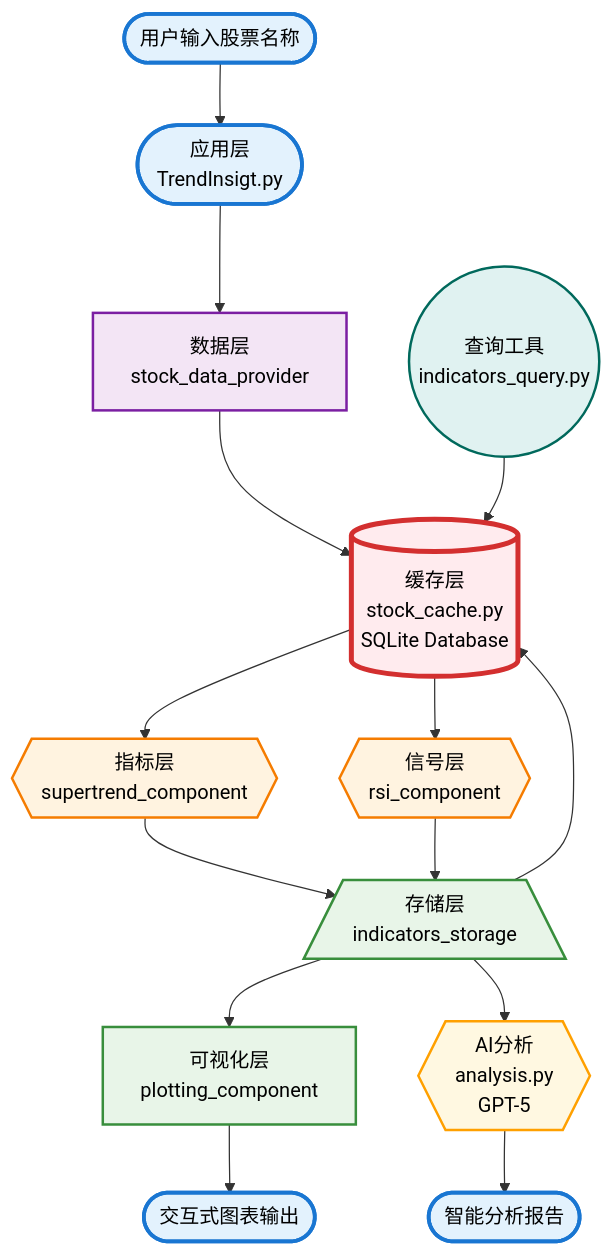
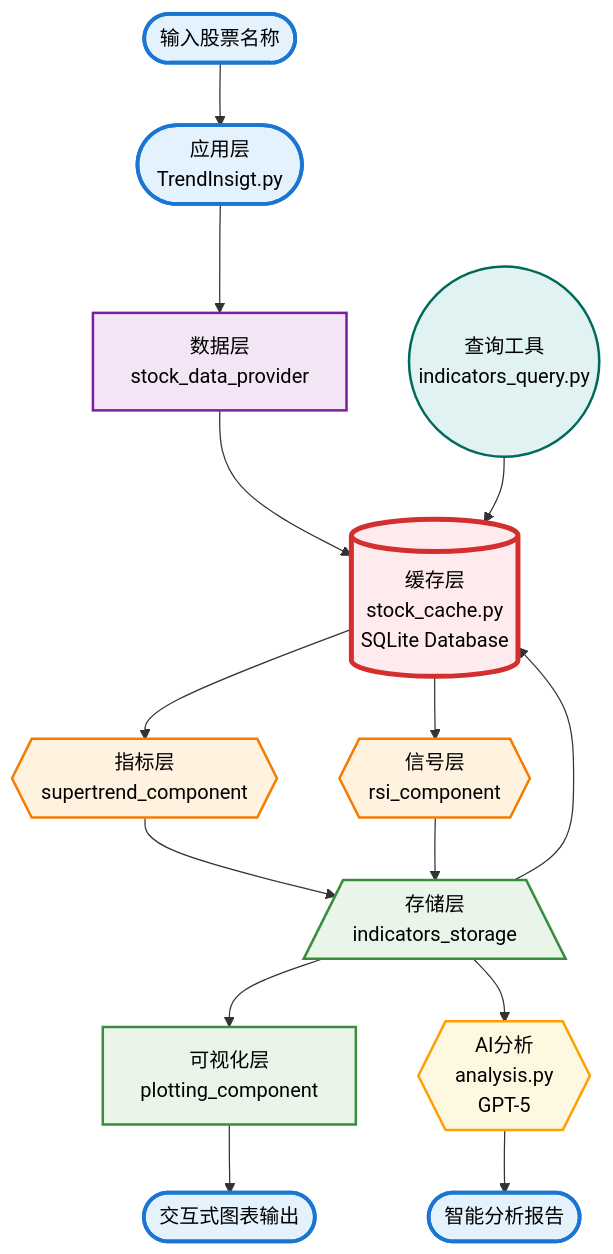
One commit to jerlinn/PulseTrader changed the first of 3 diagrams in Readme.md. Above: the diagram before and after it, drawn with Mermaid. The commit also changed other lines of this file and 2 other files, not shown here.

````diff
--- a/Readme.md
+++ b/Readme.md
@@ -38,57 +38,57 @@
 ```mermaid
 graph TD
     %% 用户交互层 - 圆角矩形
-    USER([用户输入股票名称]) --> APP([应用层<br/>TrendInsigt.py])
+    USER([输入股票名称]) --> APP([应用层<br/>TrendInsigt.py])
     
     %% 数据处理层 - 矩形
     APP --> DATA[数据层<br/>stock_data_provider]
     DATA --> CACHE[(缓存层<br/>stock_cache.py<br/>SQLite Database)]
     
     %% 计算引擎层 - 六边形
     CACHE --> SUPER{{指标层<br/>supertrend_component}}
     CACHE --> RSI{{信号层<br/>rsi_component}}
     
     %% 存储管理层 - 梯形
     SUPER --> STORE[/存储层<br/>indicators_storage\]
     RSI --> STORE
     STORE --> CACHE
     
     %% 输出层 - 圆角矩形和菱形
     STORE --> VIZ[可视化层<br/>plotting_component]
     VIZ --> CHART([交互式图表输出])
     
     %% AI 分析层 - 云形状
     STORE --> AI{{AI分析<br/>analysis.py<br/>GPT-5}}
     AI --> REPORT([智能分析报告])
     
     %% 工具层 - 圆形
     QUERY((查询工具<br/>indicators_query.py)) --> CACHE
     
     %% 用户交互层样式 - 蓝色系
     classDef userLayer fill:#e3f2fd,stroke:#1976d2,stroke-width:3px,color:#000
     class USER,APP,CHART,REPORT userLayer
     
     %% 数据层样式 - 紫色系
     classDef dataLayer fill:#f3e5f5,stroke:#7b1fa2,stroke-width:2px,color:#000
     class DATA dataLayer
     
     %% 存储层样式 - 红色系，加粗边框表示核心
     classDef storageLayer fill:#ffebee,stroke:#d32f2f,stroke-width:4px,color:#000
     class CACHE storageLayer
     
     %% 计算层样式 - 橙色系
     classDef computeLayer fill:#fff3e0,stroke:#f57c00,stroke-width:2px,color:#000
     class SUPER,RSI computeLayer
     
     %% 存储管理样式 - 绿色系
     classDef mgmtLayer fill:#e8f5e8,stroke:#388e3c,stroke-width:2px,color:#000
     class STORE,VIZ mgmtLayer
     
     %% AI层样式 - 黄色系
     classDef aiLayer fill:#fff8e1,stroke:#ffa000,stroke-width:2px,color:#000
     class AI aiLayer
     
     %% 工具层样式 - 青色系
     classDef toolLayer fill:#e0f2f1,stroke:#00695c,stroke-width:2px,color:#000
     class QUERY toolLayer
 ```
````
